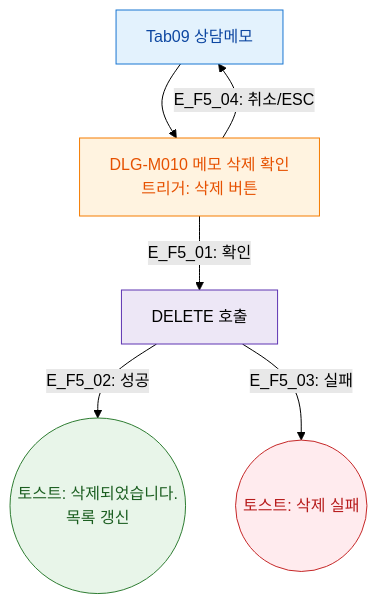
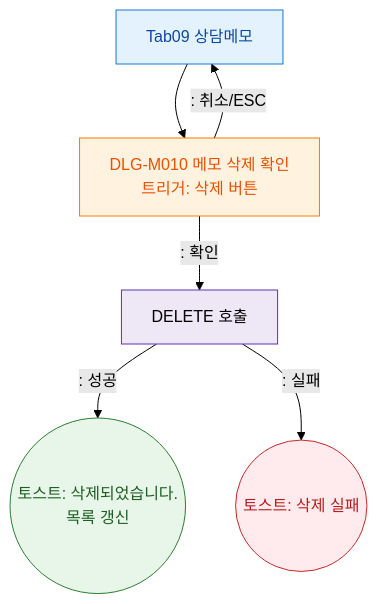
Before and after one commit to dev-spogym/admin-pando: the diagram in docs/다이어그램/D02_회원관리/SCR-M004_회원상세/Tab09_상담메모/F5_모달트리거.md, drawn with Mermaid (forest theme). The commit also changed other lines of this file and 1660 other files, not shown here.

First line of the commit message:
다이어그램: 기획자/클라이언트 납품본으로 정리

````diff
--- a/docs/다이어그램/D02_회원관리/SCR-M004_회원상세/Tab09_상담메모/F5_모달트리거.md
+++ b/docs/다이어그램/D02_회원관리/SCR-M004_회원상세/Tab09_상담메모/F5_모달트리거.md
@@ -22,19 +20,19 @@
 ```mermaid
 flowchart TD
   TAB[Tab09 상담메모] --> DLG_M010[DLG-M010 메모 삭제 확인\n트리거: 삭제 버튼]
-  DLG_M010 -->|"E_F5_01: 확인"| DEL_API[DELETE 호출]
-  DEL_API -->|"E_F5_02: 성공"| OK((토스트: 삭제되었습니다.\n목록 갱신))
-  DEL_API -->|"E_F5_03: 실패"| ERR((토스트: 삭제 실패))
-  DLG_M010 -->|"E_F5_04: 취소/ESC"| TAB
+  DLG_M010 -->|": 확인"|DEL_API[DELETE 호출]
+  DEL_API -->|": 성공"|OK((토스트: 삭제되었습니다.\n목록 갱신))
+  DEL_API -->|": 실패"|ERR((토스트: 삭제 실패))
+  DLG_M010 -->|": 취소/ESC"|TAB
 
   classDef screen fill:#E3F2FD,stroke:#1976D2,color:#0D47A1
   classDef modal fill:#FFF3E0,stroke:#F57C00,color:#E65100
   classDef success fill:#E8F5E9,stroke:#2E7D32,color:#1B5E20
   classDef error fill:#FFEBEE,stroke:#C62828,color:#B71C1C
   classDef system fill:#EDE7F6,stroke:#5E35B2
   class TAB screen
   class DLG_M010 modal
   class OK success
   class ERR error
   class DEL_API system
 ```
````
